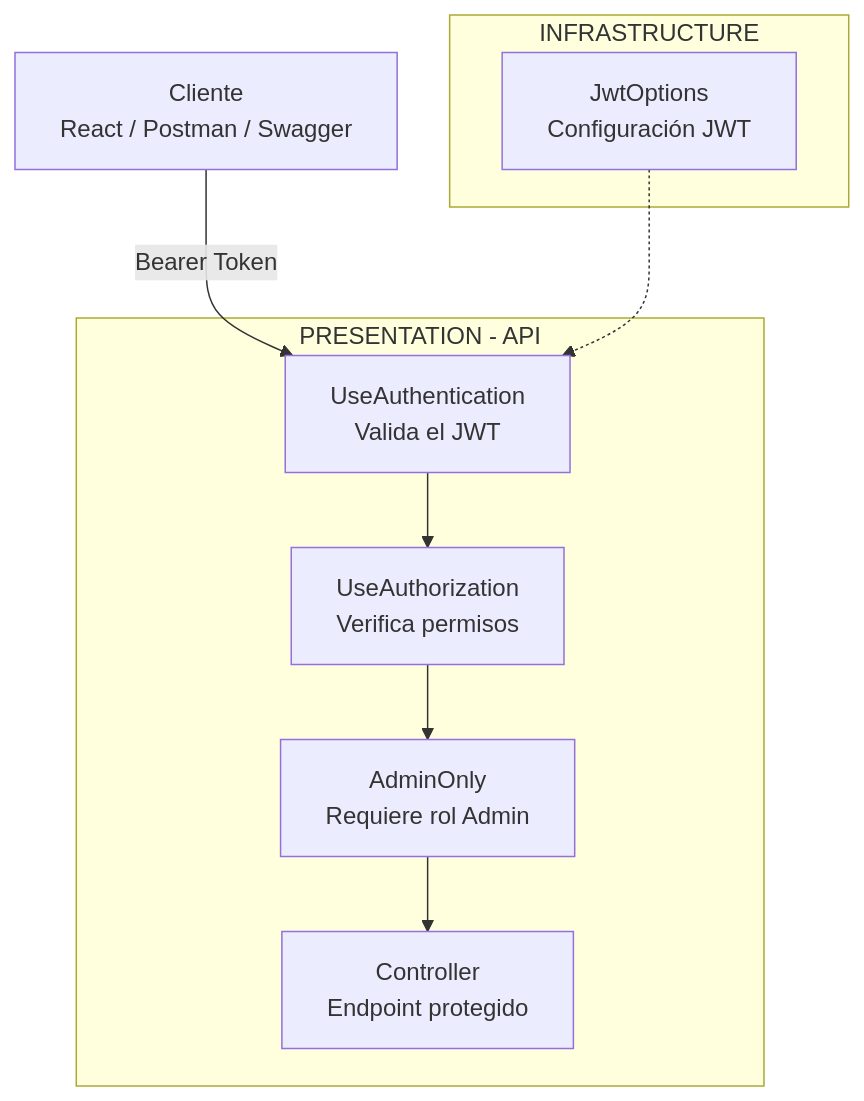
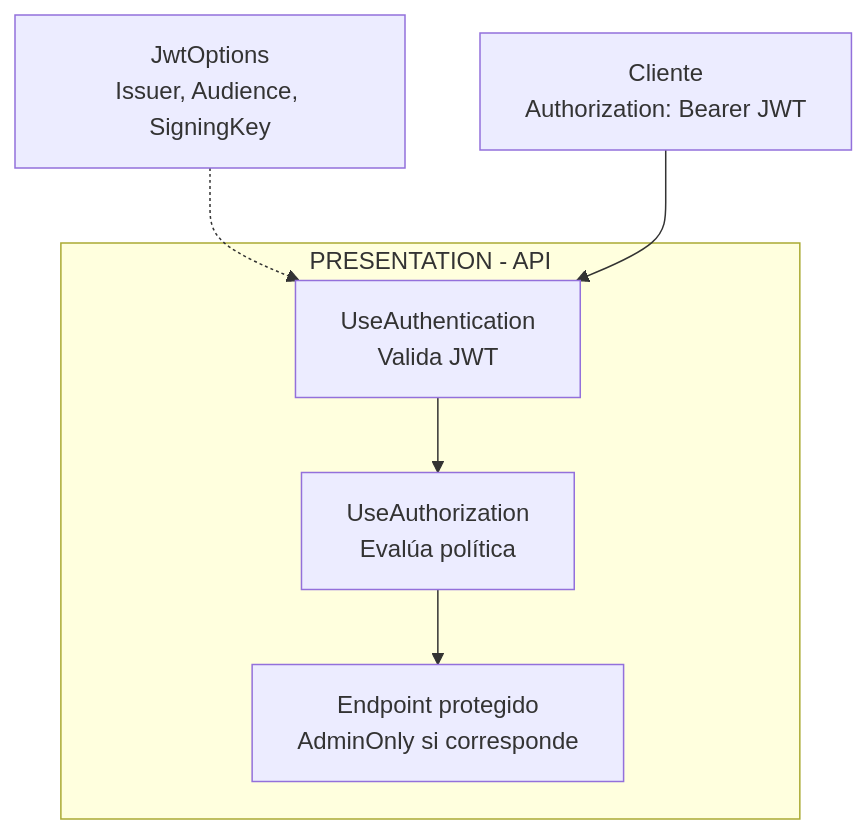
The fifth of 7 diagrams in specs/implementation/02-identidad-roles-jwt-imp.md (MLahuasi/FEPP-ContaOps), drawn with Mermaid before and after one commit. The commit also changed other lines of this file and 22 other files, not shown here.

````diff
--- a/specs/implementation/02-identidad-roles-jwt-imp.md
+++ b/specs/implementation/02-identidad-roles-jwt-imp.md
@@ -955,22 +357,10 @@
 ```mermaid
 flowchart TB
-    Client["Cliente<br/>React / Postman / Swagger"]
-
+    Client["Cliente<br/>Authorization: Bearer JWT"]
     subgraph API["PRESENTATION - API"]
-        Auth["UseAuthentication<br/>Valida el JWT"]
-        Authorization["UseAuthorization<br/>Verifica permisos"]
-        Policy["AdminOnly<br/>Requiere rol Admin"]
-        Controller["Controller<br/>Endpoint protegido"]
-
-        Auth --> Authorization
-        Authorization --> Policy
-        Policy --> Controller
+        Auth["UseAuthentication<br/>Valida JWT"] --> Authz["UseAuthorization<br/>Evalúa política"]
+        Authz --> Protected["Endpoint protegido<br/>AdminOnly si corresponde"]
     end
-
-    subgraph Infrastructure["INFRASTRUCTURE"]
-        Options["JwtOptions<br/>Configuración JWT"]
-    end
-
-    Client -->|"Bearer Token"| Auth
-    Options -.-> Auth
+    Options["JwtOptions<br/>Issuer, Audience, SigningKey"] -.-> Auth
+    Client --> Auth
 ```
````
